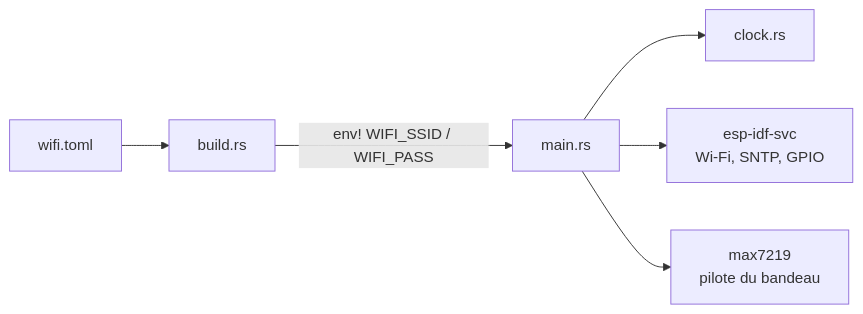
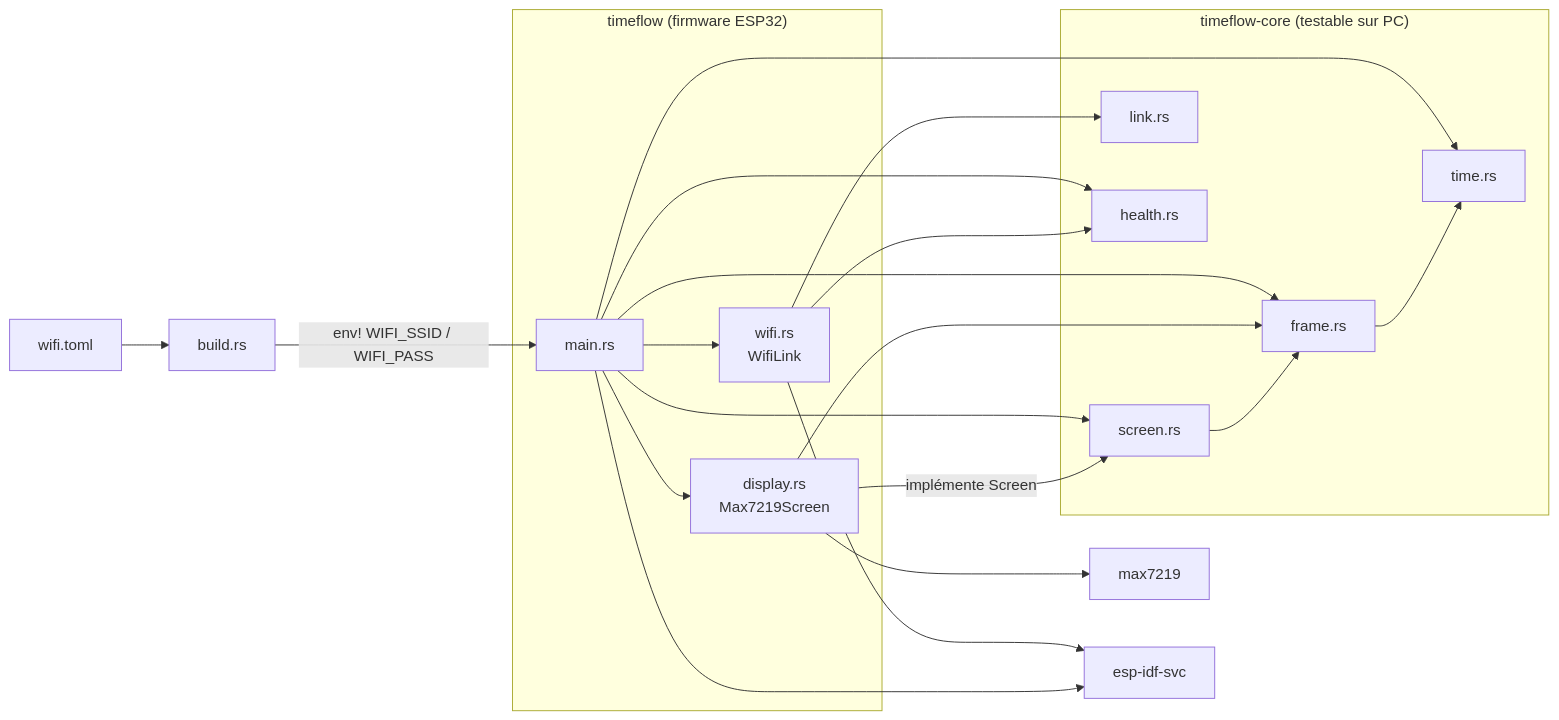
One commit to jprecigout/timeflow changed the first of 3 diagrams in docs/architecture.md. Above: the diagram before and after it, drawn with Mermaid. The commit also changed other lines of this file and 22 other files, not shown here.

First line of the commit message:
feat: extrait timeflow-core et reconnecte le Wi-Fi sans bloquer

````diff
--- a/docs/architecture.md
+++ b/docs/architecture.md
@@ -16,8 +31,26 @@
 ```mermaid
 flowchart LR
-    wifi[wifi.toml] --> build[build.rs]
-    build -- "env! WIFI_SSID / WIFI_PASS" --> main[main.rs]
-    main --> clock[clock.rs]
-    main --> esp[esp-idf-svc<br/>Wi-Fi, SNTP, GPIO]
-    main --> max[max7219<br/>pilote du bandeau]
+    subgraph firmware["timeflow (firmware ESP32)"]
+        main[main.rs]
+        display[display.rs<br/>Max7219Screen]
+        wifi[wifi.rs<br/>WifiLink]
+    end
+    subgraph core["timeflow-core (testable sur PC)"]
+        time[time.rs]
+        frame[frame.rs]
+        screen[screen.rs]
+        link[link.rs]
+        health[health.rs]
+    end
+    main --> display & wifi
+    main --> time & frame & screen & health
+    display -- "implémente Screen" --> screen
+    display --> frame
+    wifi --> link & health
+    screen --> frame
+    frame --> time
+    display --> max[max7219]
+    wifi --> esp[esp-idf-svc]
+    main --> esp
+    wifitoml[wifi.toml] --> build[build.rs] -- "env! WIFI_SSID / WIFI_PASS" --> main
 ```
````
